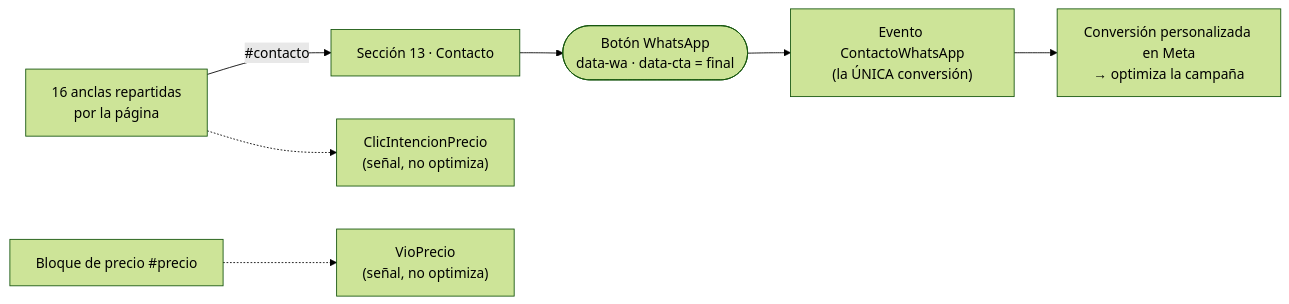
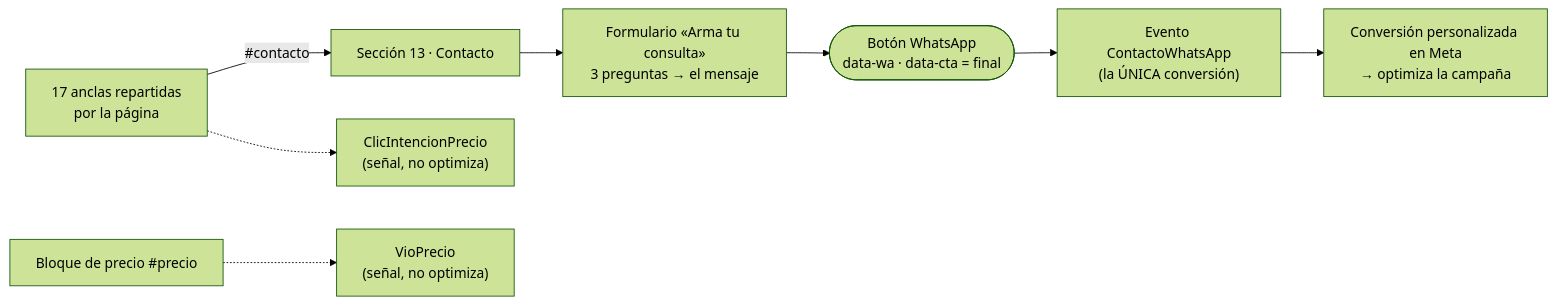
One commit to faustoastaiza/haciendaprimavera changed the diagram in docs/trazabilidad-whatsapp.md. Above: the diagram before and after it, drawn with Mermaid (forest theme). The commit also changed other lines of this file and 2 other files, not shown here.

First line of the commit message:
feat(contacto): formulario «Arma tu consulta» con el botón único; diseño propio en viviendas

````diff
--- a/docs/trazabilidad-whatsapp.md
+++ b/docs/trazabilidad-whatsapp.md
@@ -7,9 +7,10 @@
 ```mermaid
 flowchart LR
-  A["16 anclas repartidas<br/>por la página"] -->|"#contacto"| B["Sección 13 · Contacto"]
-  B --> C(["Botón WhatsApp<br/>data-wa · data-cta = final"])
+  A["17 anclas repartidas<br/>por la página"] -->|"#contacto"| B["Sección 13 · Contacto"]
+  B --> Q["Formulario «Arma tu consulta»<br/>3 preguntas → el mensaje"]
+  Q --> C(["Botón WhatsApp<br/>data-wa · data-cta = final"])
   C --> D["Evento ContactoWhatsApp<br/>(la ÚNICA conversión)"]
   D --> E["Conversión personalizada en Meta<br/>→ optimiza la campaña"]
   A -.-> F["ClicIntencionPrecio<br/>(señal, no optimiza)"]
   P["Bloque de precio #precio"] -.-> G["VioPrecio<br/>(señal, no optimiza)"]
 ```
````
